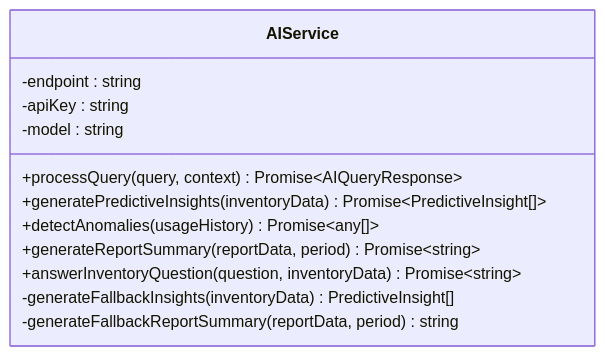
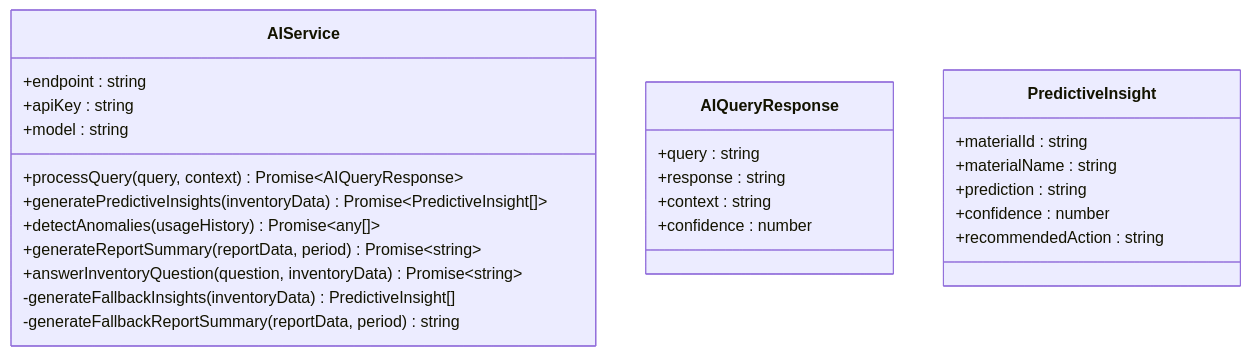
One commit to cacamarica/dashboard-ai changed the third of 9 diagrams in .qoder/repowiki/en/content/Services Layer/Services Layer.md. Above: the diagram before and after it, drawn with Mermaid. The commit also changed other lines of this file and 5 other files, not shown here.

````diff
--- a/.qoder/repowiki/en/content/Services Layer/Services Layer.md
+++ b/.qoder/repowiki/en/content/Services Layer/Services Layer.md
@@ -206,15 +209,28 @@
 ```mermaid
 classDiagram
 class AIService {
--endpoint : string
--apiKey : string
--model : string
++endpoint : string
++apiKey : string
++model : string
 +processQuery(query, context) Promise~AIQueryResponse~
 +generatePredictiveInsights(inventoryData) Promise~PredictiveInsight[]~
 +detectAnomalies(usageHistory) Promise~any[]~
 +generateReportSummary(reportData, period) Promise~string~
 +answerInventoryQuestion(question, inventoryData) Promise~string~
 -generateFallbackInsights(inventoryData) PredictiveInsight[]
 -generateFallbackReportSummary(reportData, period) string
 }
+class AIQueryResponse {
++query : string
++response : string
++context : string
++confidence : number
+}
+class PredictiveInsight {
++materialId : string
++materialName : string
++prediction : string
++confidence : number
++recommendedAction : string
+}
 ```
````
